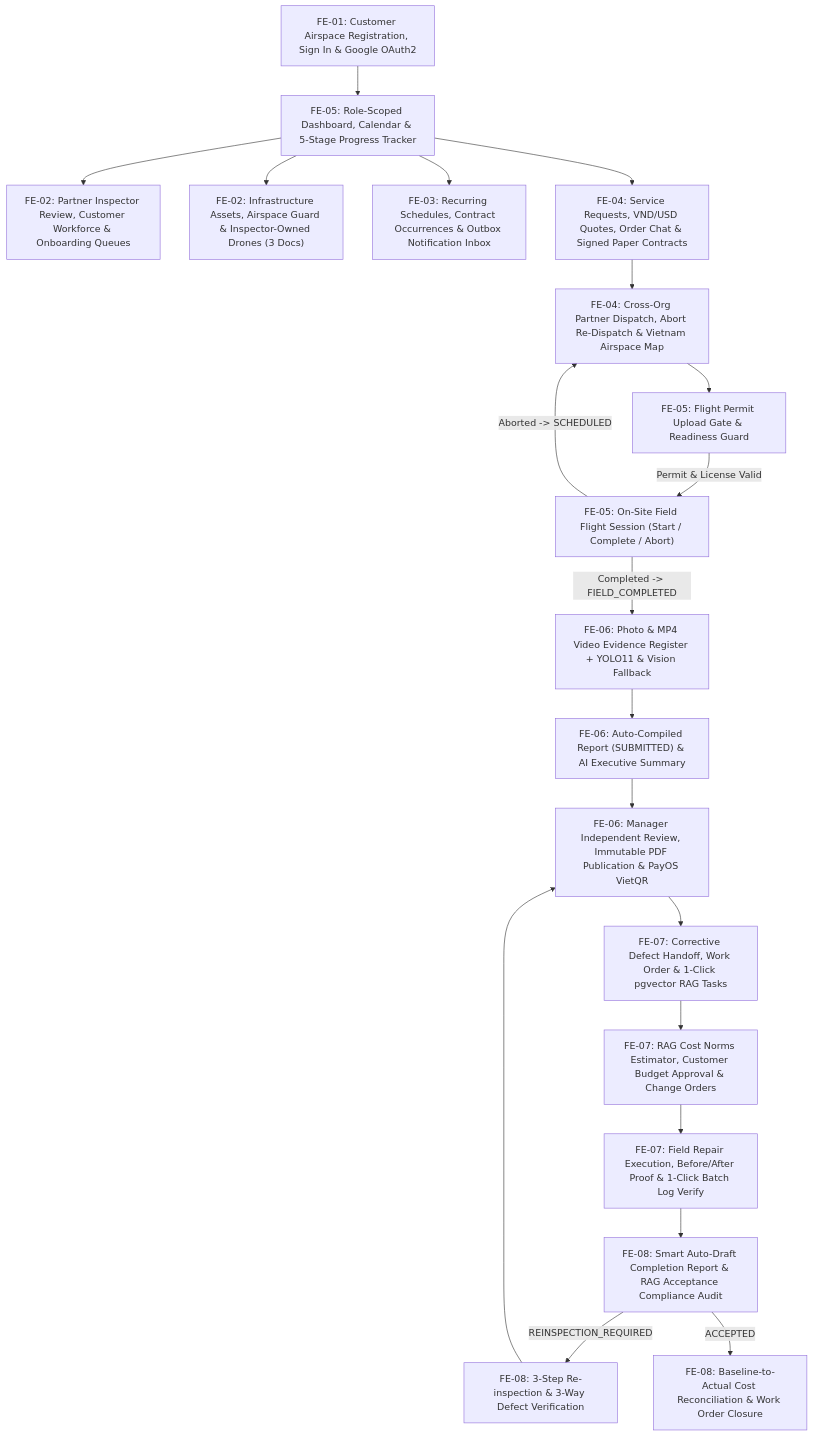
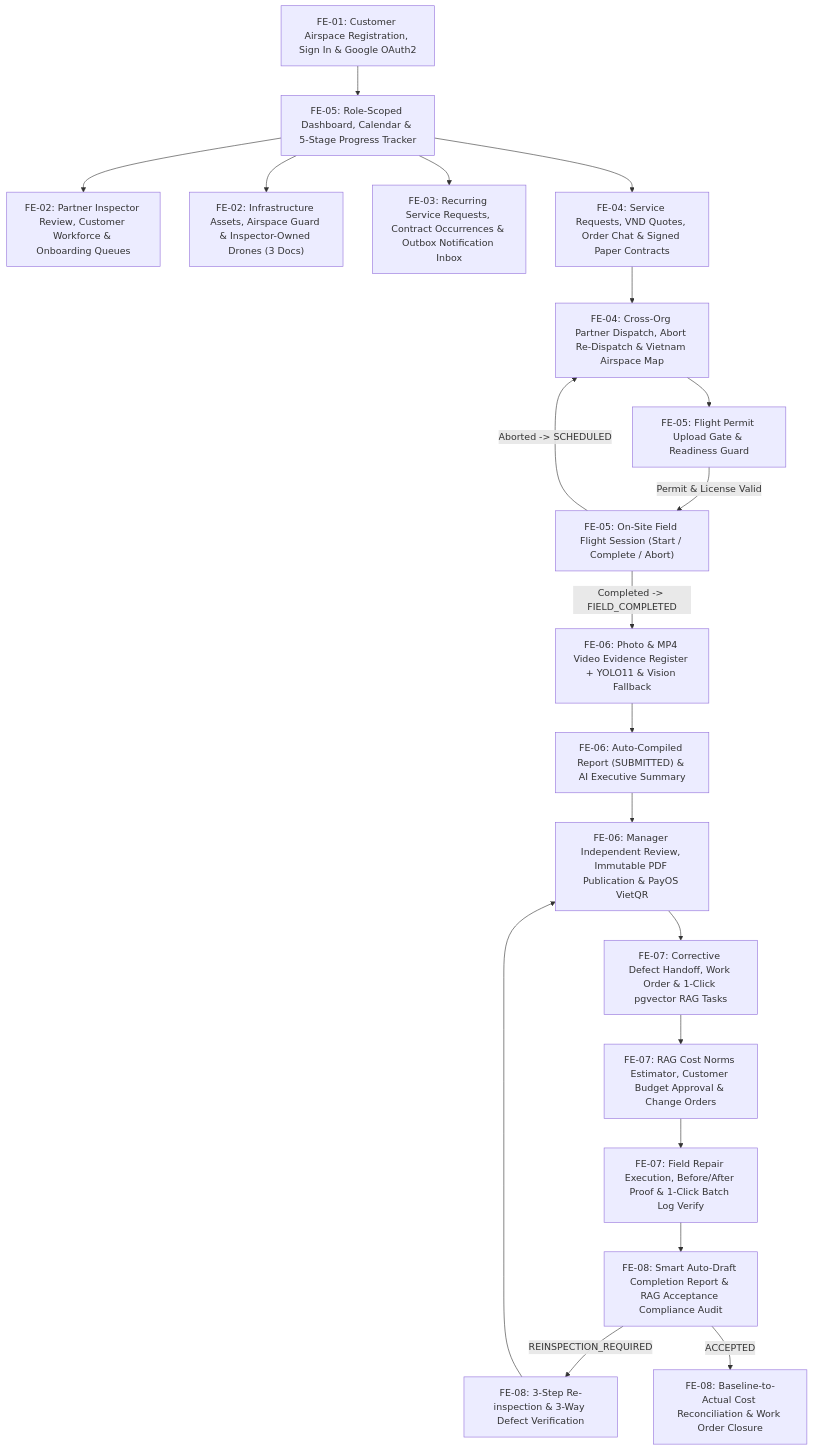
One commit to tungbach12/SmartDroneInspection-Docs changed the first of 18 diagrams in reports/report-3-software-requirement-specification/03-functional-requirements.md. Above: the diagram before and after it, drawn with Mermaid. The commit also changed other lines of this file and 11 other files, not shown here.

First line of the commit message:
docs(reports): synchronize Reports 3, 4, and 5 with V25 database schema cleanup

````diff
--- a/reports/report-3-software-requirement-specification/03-functional-requirements.md
+++ b/reports/report-3-software-requirement-specification/03-functional-requirements.md
@@ -16,28 +16,28 @@
 ```mermaid
 %% title: Screens Flow Diagram
 flowchart TD
   LOGIN["FE-01: Customer Airspace Registration, Sign In & Google OAuth2"] --> DASH["FE-05: Role-Scoped Dashboard, Calendar & 5-Stage Progress Tracker"]
 
   DASH --> ONBOARD["FE-02: Partner Inspector Review, Customer Workforce & Onboarding Queues"]
   DASH --> ASSETS["FE-02: Infrastructure Assets, Airspace Guard & Inspector-Owned Drones (3 Docs)"]
-  DASH --> SCHED["FE-03: Recurring Schedules, Contract Occurrences & Outbox Notification Inbox"]
+  DASH --> SCHED["FE-03: Recurring Service Requests, Contract Occurrences & Outbox Notification Inbox"]
 
-  DASH --> CONTRACTS["FE-04: Service Requests, VND/USD Quotes, Order Chat & Signed Paper Contracts"]
+  DASH --> CONTRACTS["FE-04: Service Requests, VND Quotes, Order Chat & Signed Paper Contracts"]
   CONTRACTS --> DISPATCH["FE-04: Cross-Org Partner Dispatch, Abort Re-Dispatch & Vietnam Airspace Map"]
   DISPATCH --> PERMIT["FE-05: Flight Permit Upload Gate & Readiness Guard"]
   PERMIT -->|"Permit & License Valid"| FIELD["FE-05: On-Site Field Flight Session (Start / Complete / Abort)"]
 
   FIELD -->|"Aborted -> SCHEDULED"| DISPATCH
   FIELD -->|"Completed -> FIELD_COMPLETED"| EVIDENCE["FE-06: Photo & MP4 Video Evidence Register + YOLO11 & Vision Fallback"]
   EVIDENCE --> REPORT_AUTO["FE-06: Auto-Compiled Report (SUBMITTED) & AI Executive Summary"]
 
   REPORT_AUTO --> REPORT_PUB["FE-06: Manager Independent Review, Immutable PDF Publication & PayOS VietQR"]
   REPORT_PUB --> WO_PLAN["FE-07: Corrective Defect Handoff, Work Order & 1-Click pgvector RAG Tasks"]
 
   WO_PLAN --> WO_EST["FE-07: RAG Cost Norms Estimator, Customer Budget Approval & Change Orders"]
   WO_EST --> WO_EXEC["FE-07: Field Repair Execution, Before/After Proof & 1-Click Batch Log Verify"]
   WO_EXEC --> WO_COMP["FE-08: Smart Auto-Draft Completion Report & RAG Acceptance Compliance Audit"]
   WO_COMP -->|"REINSPECTION_REQUIRED"| REINSP["FE-08: 3-Step Re-inspection & 3-Way Defect Verification"]
   REINSP --> REPORT_PUB
   WO_COMP -->|"ACCEPTED"| WO_CLOSE["FE-08: Baseline-to-Actual Cost Reconciliation & Work Order Closure"]
 ```
````
